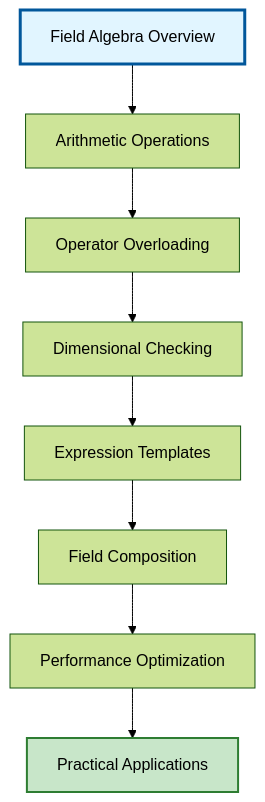
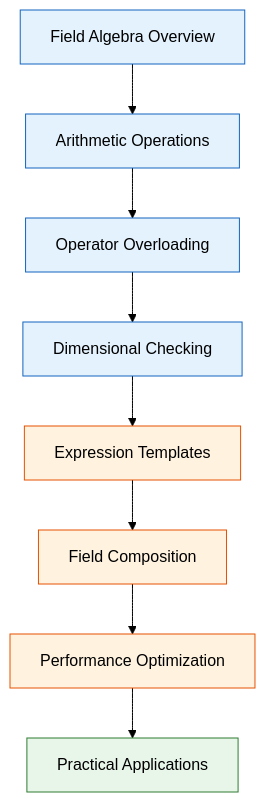
Before and after one commit to wramet/build-my-cfd: the diagram in MODULE_05_OPENFOAM_PROGRAMMING/CONTENT/09_FIELD_ALGEBRA/00_Overview.md, drawn with Mermaid (forest theme). The commit also changed 313 other files, not shown here.

Commit message:
Revise all diagram

````diff
--- a/MODULE_05_OPENFOAM_PROGRAMMING/CONTENT/09_FIELD_ALGEBRA/00_Overview.md
+++ b/MODULE_05_OPENFOAM_PROGRAMMING/CONTENT/09_FIELD_ALGEBRA/00_Overview.md
@@ -10,13 +10,21 @@
 ```mermaid
 flowchart TD
-    A[Field Algebra Overview] --> B[Arithmetic Operations]
-    B --> C[Operator Overloading]
-    C --> D[Dimensional Checking]
-    D --> E[Expression Templates]
-    E --> F[Field Composition]
-    F --> G[Performance Optimization]
-    G --> H[Practical Applications]
-
-    style A fill:#e1f5ff,stroke:#01579b,stroke-width:3px
-    style H fill:#c8e6c9,stroke:#2e7d32,stroke-width:2px
+classDef core fill:#e3f2fd,stroke:#1565c0,color:#000
+classDef advanced fill:#fff3e0,stroke:#e65100,color:#000
+classDef app fill:#e8f5e9,stroke:#2e7d32,color:#000
+A["Field Algebra Overview"]:::core
+B["Arithmetic Operations"]:::core
+C["Operator Overloading"]:::core
+D["Dimensional Checking"]:::core
+E["Expression Templates"]:::advanced
+F["Field Composition"]:::advanced
+G["Performance Optimization"]:::advanced
+H["Practical Applications"]:::app
+A --> B
+B --> C
+C --> D
+D --> E
+E --> F
+F --> G
+G --> H
 ```
````
